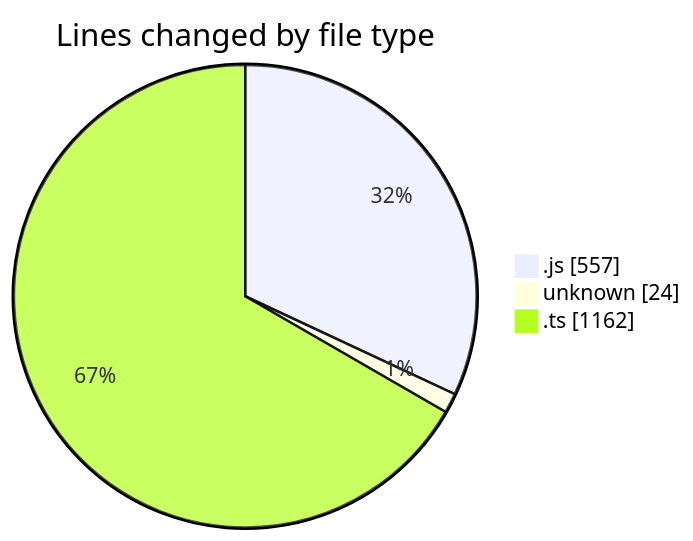
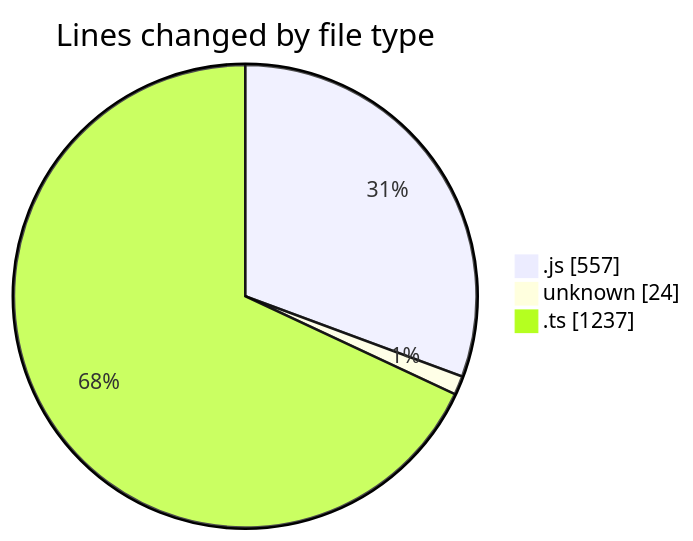
Before and after one commit to momahboobian/code-tracking: the first of 2 diagrams in 2025-02-05/cda/README.md, drawn with Mermaid. The commit also changed other lines of this file and 1 other file, not shown here.

````diff
--- a/2025-02-05/cda/README.md
+++ b/2025-02-05/cda/README.md
@@ -32,7 +32,7 @@
 ```mermaid
 pie showData
 title Lines changed by file type
 ".js" : 557
 "unknown" : 24
-".ts" : 1162
+".ts" : 1237
 ```
````
